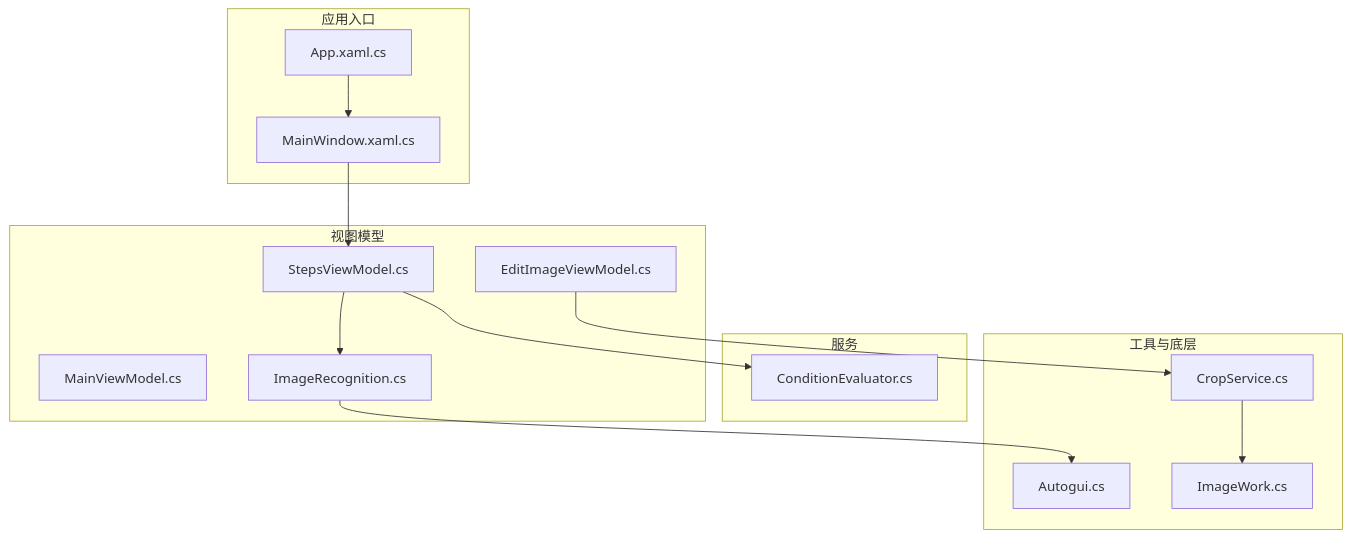
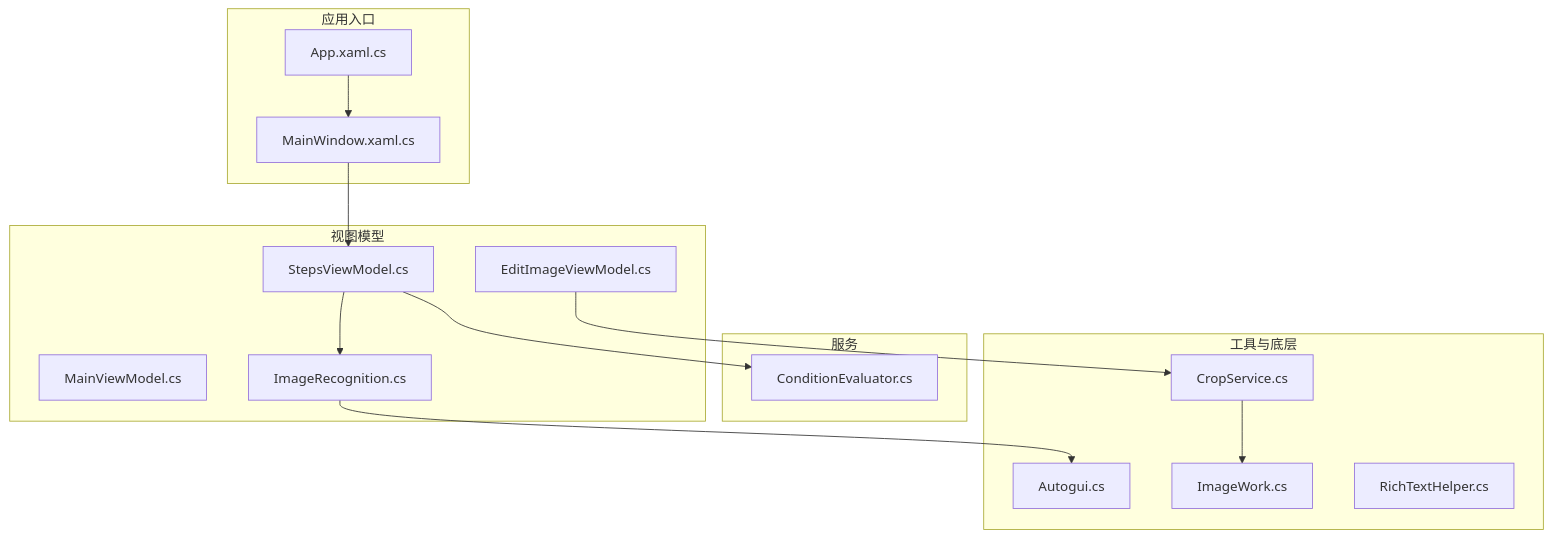
One commit to yooxii/ShaoLuAuto changed the first of 8 diagrams in .qoder/repowiki/zh/content/开发指南/开发指南.md. Above: the diagram before and after it, drawn with Mermaid. The commit also changed other lines of this file and 45 other files, not shown here.

````diff
--- a/.qoder/repowiki/zh/content/开发指南/开发指南.md
+++ b/.qoder/repowiki/zh/content/开发指南/开发指南.md
@@ -54,28 +64,29 @@
 ```mermaid
 graph TB
 subgraph "应用入口"
 App["App.xaml.cs"]
 MainWindow["MainWindow.xaml.cs"]
 end
 subgraph "视图模型"
 MainVM["MainViewModel.cs"]
 StepsVM["StepsViewModel.cs"]
 EditImgVM["EditImageViewModel.cs"]
 ImgRec["ImageRecognition.cs"]
 end
 subgraph "服务"
 CondEval["ConditionEvaluator.cs"]
 end
 subgraph "工具与底层"
 Autogui["Autogui.cs"]
 CropSvc["CropService.cs"]
 ImageWork["ImageWork.cs"]
+RichText["RichTextHelper.cs"]
 end
 App --> MainWindow
 MainWindow --> StepsVM
 StepsVM --> ImgRec
 ImgRec --> Autogui
 StepsVM --> CondEval
 EditImgVM --> CropSvc
 CropSvc --> ImageWork
 ```
````
